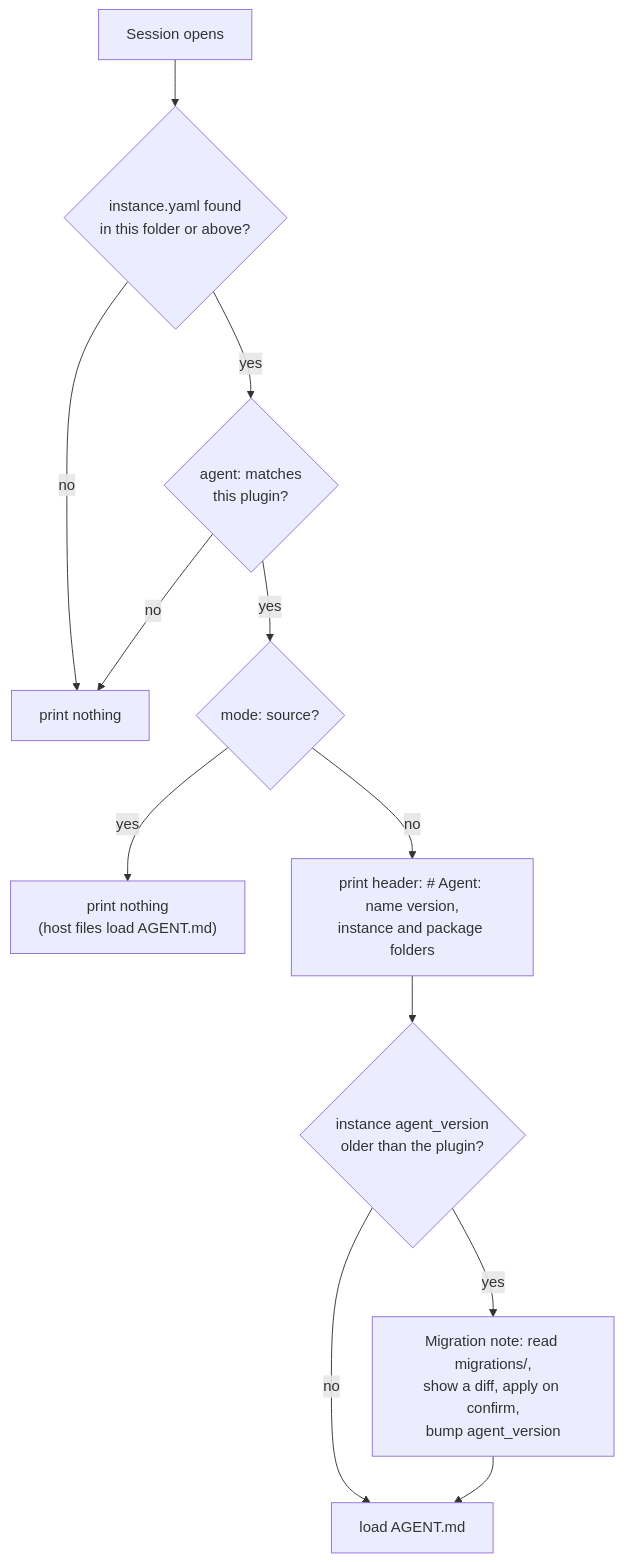
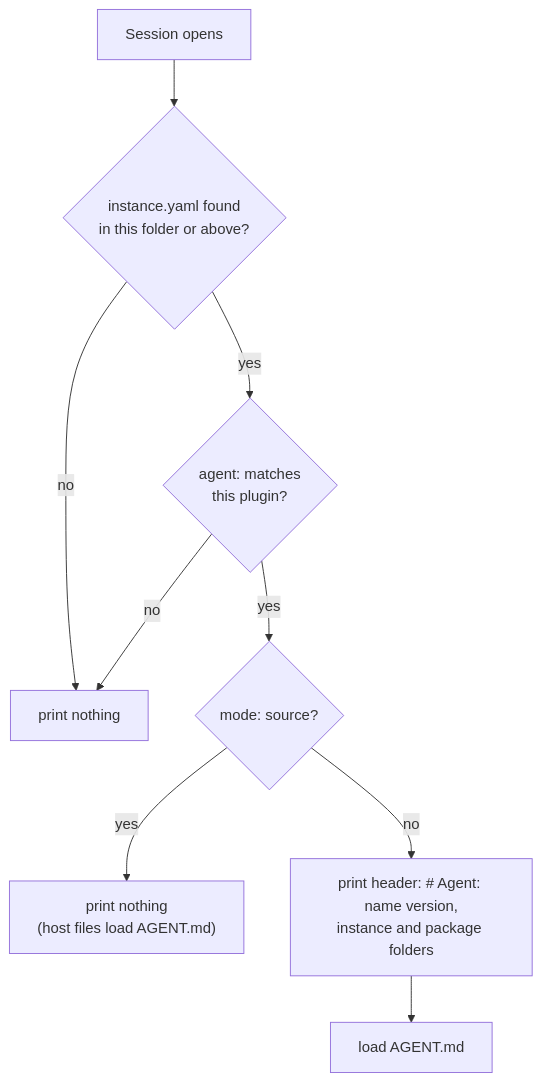
One commit to webspenser/agent-builder changed the third of 6 diagrams in docs/how-it-works.md. Above: the diagram before and after it, drawn with Mermaid. The commit also changed other lines of this file and 18 other files, not shown here.

````diff
--- a/docs/how-it-works.md
+++ b/docs/how-it-works.md
@@ -157,14 +157,11 @@
 ```mermaid
 flowchart TD
   O["Session opens"] --> F{"instance.yaml found<br/>in this folder or above?"}
   F -- no --> Q["print nothing"]
   F -- yes --> A{"agent: matches<br/>this plugin?"}
   A -- no --> Q
   A -- yes --> M{"mode: source?"}
   M -- yes --> Q2["print nothing<br/>(host files load AGENT.md)"]
   M -- no --> H["print header: # Agent: name version,<br/>instance and package folders"]
-  H --> VC{"instance agent_version<br/>older than the plugin?"}
-  VC -- yes --> MG["Migration note: read migrations/,<br/>show a diff, apply on confirm,<br/>bump agent_version"]
-  VC -- no --> L["load AGENT.md"]
-  MG --> L
+  H --> L["load AGENT.md"]
 ```
````
